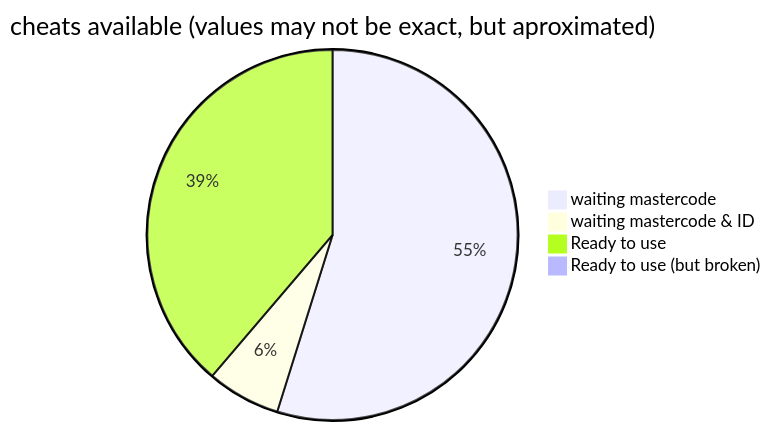
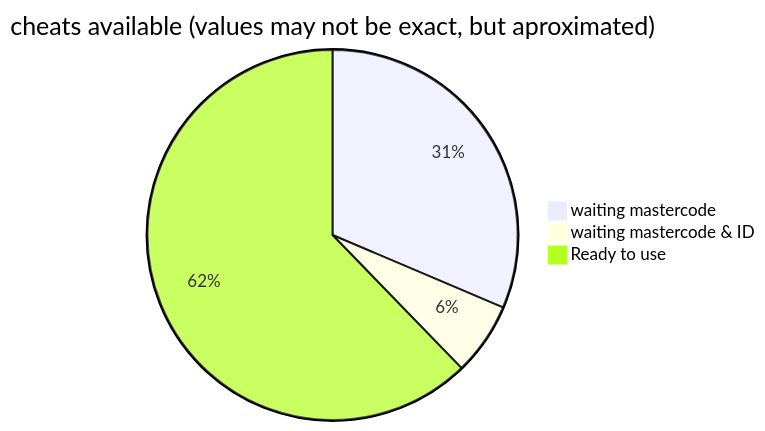
The diagram in README.md (PS2-Widescreen/pnach-DB), drawn with Mermaid before and after one commit.

Commit message:
update graph

````diff
--- a/README.md
+++ b/README.md
@@ -11,8 +11,7 @@
 ```mermaid
 pie title cheats available (values may not be exact, but aproximated)
 
-  "waiting mastercode": 2152
+  "waiting mastercode": 1244
   "waiting mastercode & ID": 252
-  "Ready to use": 1521
-  "Ready to use (but broken)": 18
+  "Ready to use": 2467
 ```
````
